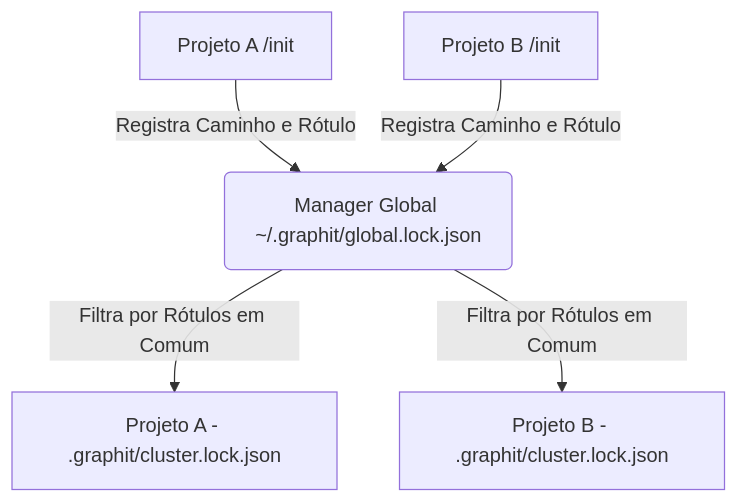
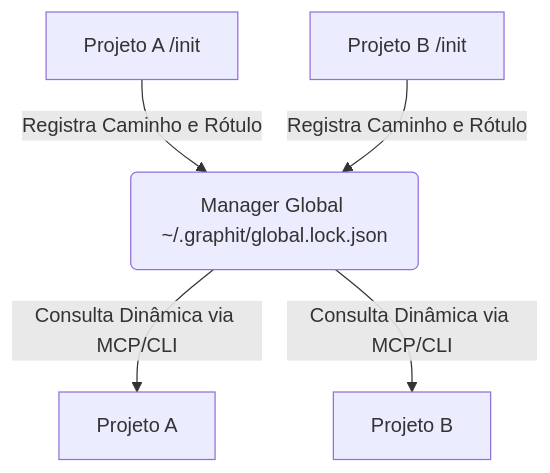
Before and after one commit to graphit-labs/graphit-code: the diagram in docs/specs/cluster_microservices.md, drawn with Mermaid. The commit also changed other lines of this file and 40 other files, not shown here.

````diff
--- a/docs/specs/cluster_microservices.md
+++ b/docs/specs/cluster_microservices.md
@@ -35,8 +35,8 @@
 ```mermaid
 graph TD
     A[Projeto A /init] -->|Registra Caminho e Rótulo| B(Manager Global ~/.graphit/global.lock.json)
     C[Projeto B /init] -->|Registra Caminho e Rótulo| B
     
-    B -->|Filtra por Rótulos em Comum| D[Projeto A - .graphit/cluster.lock.json]
-    B -->|Filtra por Rótulos em Comum| E[Projeto B - .graphit/cluster.lock.json]
+    B -->|Consulta Dinâmica via MCP/CLI| D[Projeto A]
+    B -->|Consulta Dinâmica via MCP/CLI| E[Projeto B]
 ```
````
